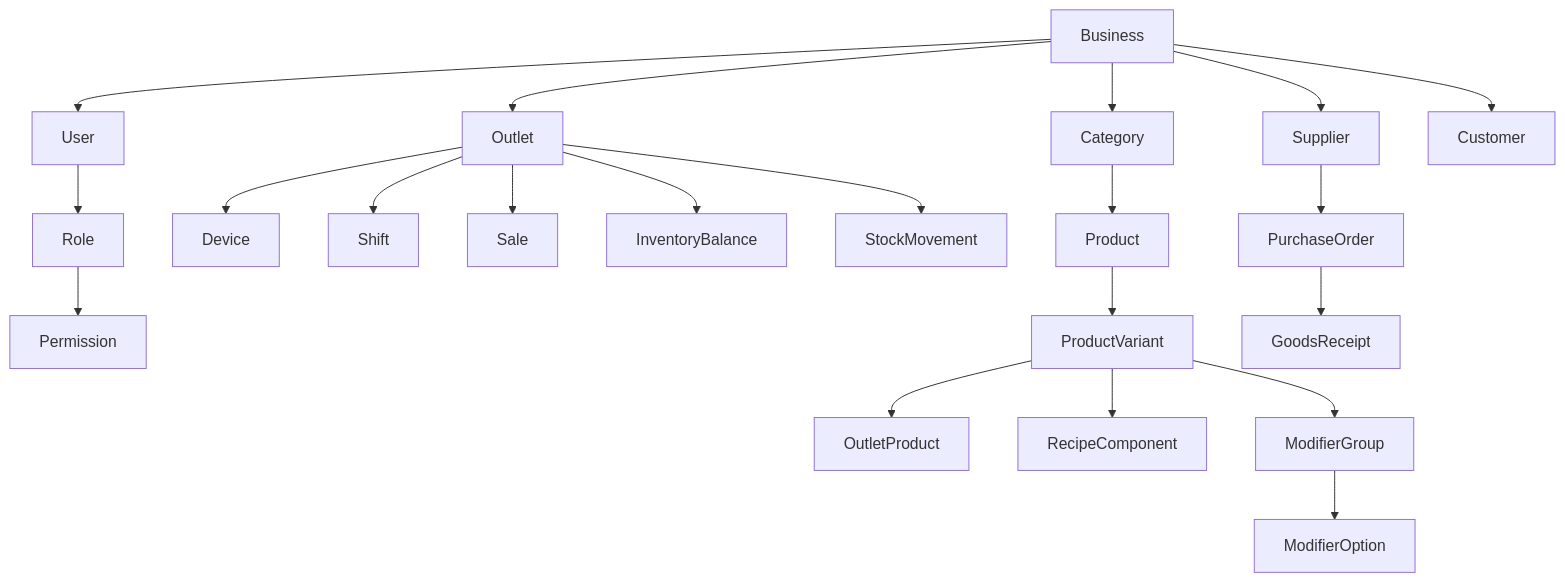
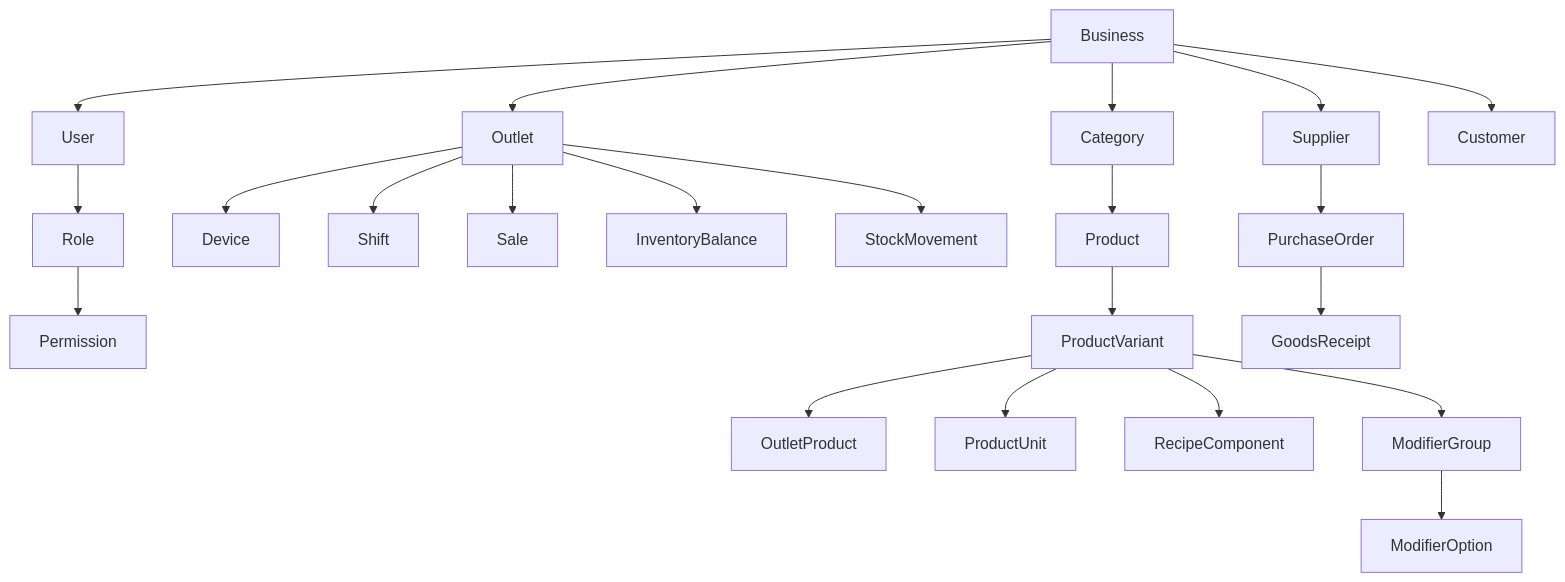
Before and after one commit to henry1224/binyo: the diagram in docs/architecture/data-model.md, drawn with Mermaid. The commit also changed other lines of this file and 8 other files, not shown here.

````diff
--- a/docs/architecture/data-model.md
+++ b/docs/architecture/data-model.md
@@ -25,23 +25,24 @@
 ```mermaid
 flowchart TD
     Business --> Outlet
     Business --> User
     User --> Role
     Role --> Permission
     Outlet --> Device
     Outlet --> Shift
     Outlet --> Sale
     Outlet --> InventoryBalance
     Outlet --> StockMovement
     Business --> Category
     Category --> Product
     Product --> ProductVariant
     ProductVariant --> OutletProduct
+    ProductVariant --> ProductUnit
     ProductVariant --> RecipeComponent
     ProductVariant --> ModifierGroup
     ModifierGroup --> ModifierOption
     Business --> Supplier
     Supplier --> PurchaseOrder
     PurchaseOrder --> GoodsReceipt
     Business --> Customer
 ```
````
